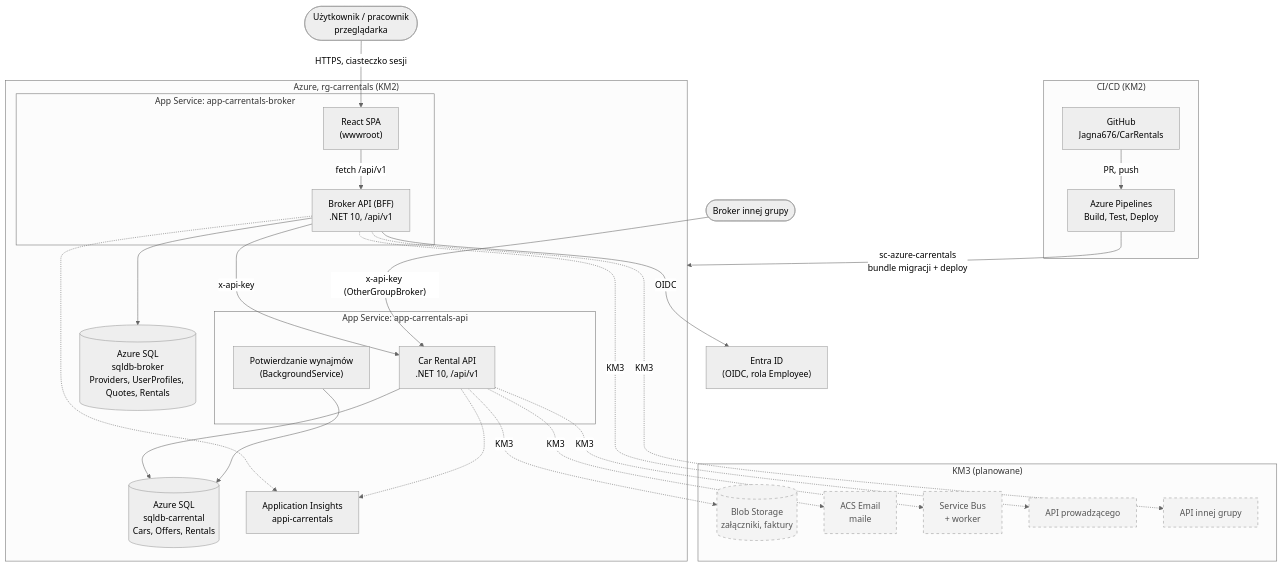
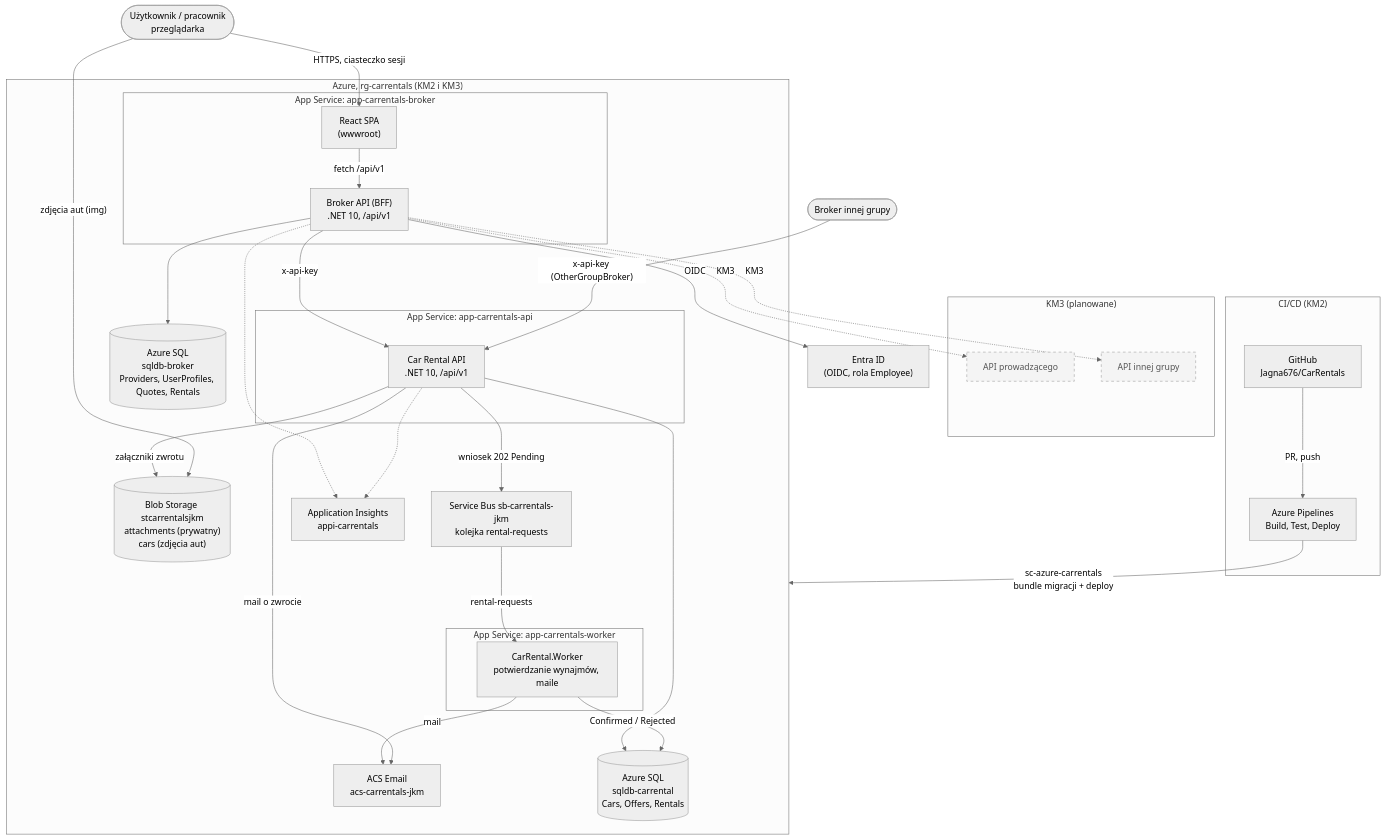
One commit to CarRentalss/CarRentals changed the diagram in docs/architecture.md. Above: the diagram before and after it, drawn with Mermaid (neutral theme). The commit also changed other lines of this file and 89 other files, not shown here.

First line of the commit message:
KM3 - Entra ID, Blob, Service Bus z Workerem, maile, zdjęcia aut, zewnętrzne API

````diff
--- a/docs/architecture.md
+++ b/docs/architecture.md
@@ -7,57 +7,62 @@
 ```mermaid
 flowchart TB
   user([Użytkownik / pracownik<br/>przeglądarka])
   other([Broker innej grupy])
 
-  subgraph azure["Azure, rg-carrentals (KM2)"]
+  subgraph azure["Azure, rg-carrentals (KM2 i KM3)"]
     subgraph broker_app["App Service: app-carrentals-broker"]
       react["React SPA<br/>(wwwroot)"]
       broker["Broker API (BFF)<br/>.NET 10, /api/v1"]
     end
     subgraph api_app["App Service: app-carrentals-api"]
       carapi["Car Rental API<br/>.NET 10, /api/v1"]
-      worker["Potwierdzanie wynajmów<br/>(BackgroundService)"]
     end
+    subgraph worker_app["App Service: app-carrentals-worker"]
+      worker["CarRental.Worker<br/>potwierdzanie wynajmów, maile"]
+    end
+    blob[("Blob Storage stcarrentalsjkm<br/>attachments (prywatny)<br/>cars (zdjęcia aut)")]
+    sb["Service Bus sb-carrentals-jkm<br/>kolejka rental-requests"]
+    mail["ACS Email<br/>acs-carrentals-jkm"]
     brokerdb[("Azure SQL<br/>sqldb-broker<br/>Providers, UserProfiles, Quotes, Rentals")]
     cardb[("Azure SQL<br/>sqldb-carrental<br/>Cars, Offers, Rentals")]
     appi["Application Insights<br/>appi-carrentals"]
   end
 
   subgraph km3["KM3 (planowane)"]
-    blob[("Blob Storage<br/>załączniki, faktury")]
-    mail["ACS Email<br/>maile"]
-    sb["Service Bus<br/>+ worker"]
     lect["API prowadzącego"]
     otherapi["API innej grupy"]
   end
 
   entra["Entra ID<br/>(OIDC, rola Employee)"]
 
   subgraph cicd["CI/CD (KM2)"]
     gh["GitHub<br/>Jagna676/CarRentals"]
     ado["Azure Pipelines<br/>Build, Test, Deploy"]
   end
 
   user -- "HTTPS, ciasteczko sesji" --> react
   react -- "fetch /api/v1" --> broker
   broker -- "OIDC" --> entra
   broker -- "x-api-key" --> carapi
   broker --> brokerdb
   carapi --> cardb
-  worker --> cardb
+  carapi -- "wniosek 202 Pending" --> sb
+  sb -- "rental-requests" --> worker
+  worker -- "Confirmed / Rejected" --> cardb
+  worker -- "mail" --> mail
+  carapi -- "załączniki zwrotu" --> blob
+  carapi -- "mail o zwrocie" --> mail
+  user -- "zdjęcia aut (img)" --> blob
   other -- "x-api-key (OtherGroupBroker)" --> carapi
   broker -.-> appi
   carapi -.-> appi
 
   broker -. "KM3" .-> lect
   broker -. "KM3" .-> otherapi
-  carapi -. "KM3" .-> blob
-  carapi -. "KM3" .-> mail
-  carapi -. "KM3" .-> sb
 
   gh -- "PR, push" --> ado
   ado -- "sc-azure-carrentals<br/>bundle migracji + deploy" --> azure
 
   classDef planned stroke-dasharray: 5 5,fill:#f4f4f4,color:#555;
-  class blob,mail,sb,lect,otherapi planned;
+  class lect,otherapi planned;
 ```
````
